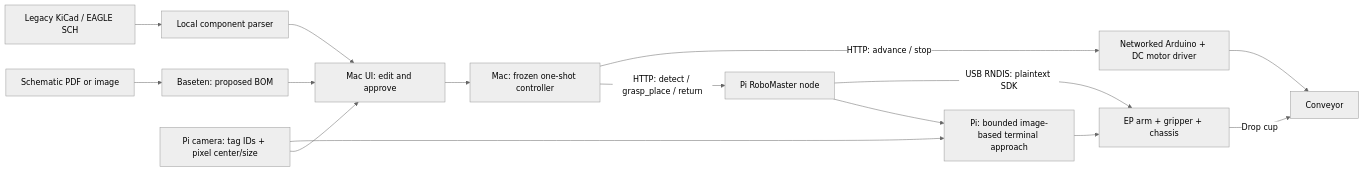
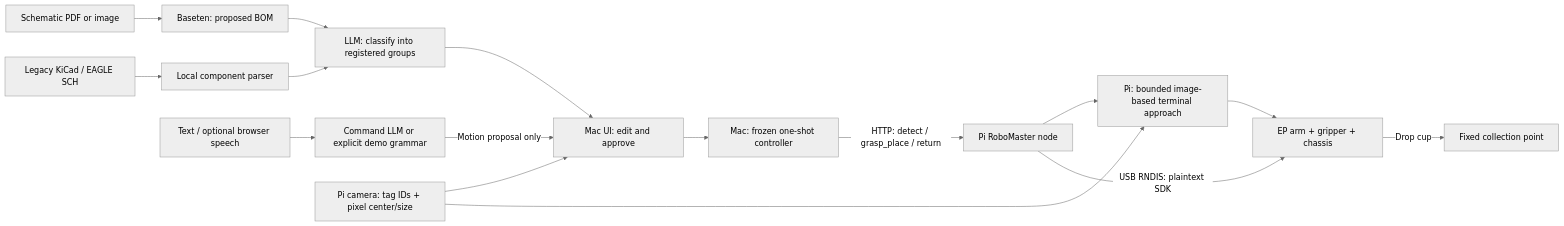
One commit to Kashan030704/SchematicParserHTN2026 changed the diagram in README.md. Above: the diagram before and after it, drawn with Mermaid (neutral theme). The commit also changed other lines of this file and 39 other files, not shown here.

````diff
--- a/README.md
+++ b/README.md
@@ -11,17 +11,18 @@
 ```mermaid
 flowchart LR
     PDF[Schematic PDF or image] --> B[Baseten: proposed BOM]
-    B --> G[Mac UI: edit and approve]
+    B --> M[LLM: classify into registered groups]
+    M --> G[Mac UI: edit and approve]
     SCH[Legacy KiCad / EAGLE SCH] --> S[Local component parser]
-    S --> G
+    S --> M
+    U[Text / optional browser speech] --> I[Command LLM or explicit demo grammar]
+    I -->|Motion proposal only| G
     D[Pi camera: tag IDs + pixel center/size] --> G
     D --> V[Pi: bounded image-based terminal approach]
     G --> C[Mac: frozen one-shot controller]
     C -->|HTTP: detect / grasp_place / return| P[Pi RoboMaster node]
     P --> V
     V --> R
     P -->|USB RNDIS: plaintext SDK| R[EP arm + gripper + chassis]
-    C -->|HTTP: advance / stop| A[Networked Arduino + DC motor driver]
-    R -->|Drop cup| Belt[Conveyor]
-    A --> Belt
+    R -->|Drop cup| Collection[Fixed collection point]
 ```
````
